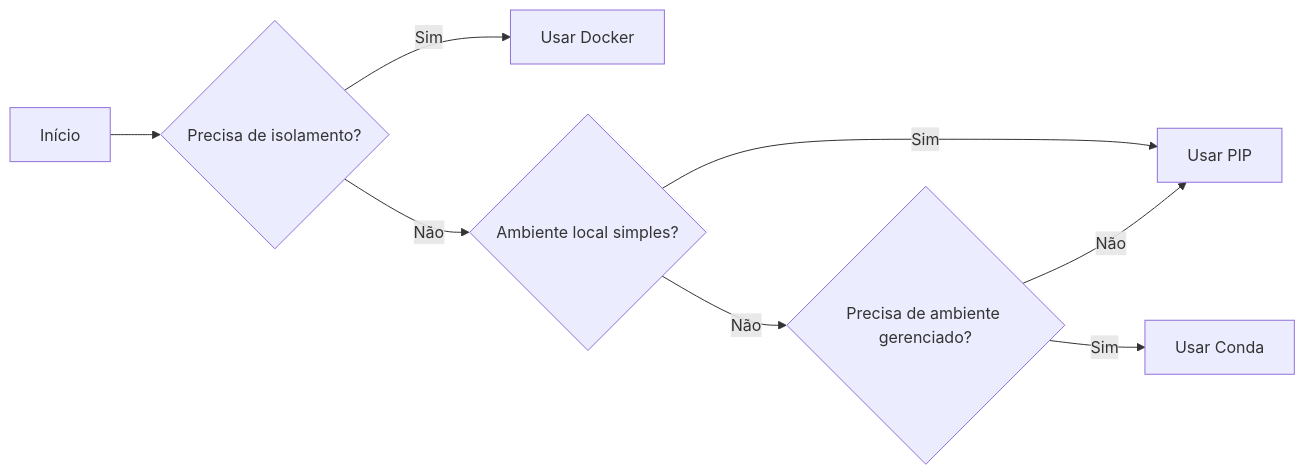
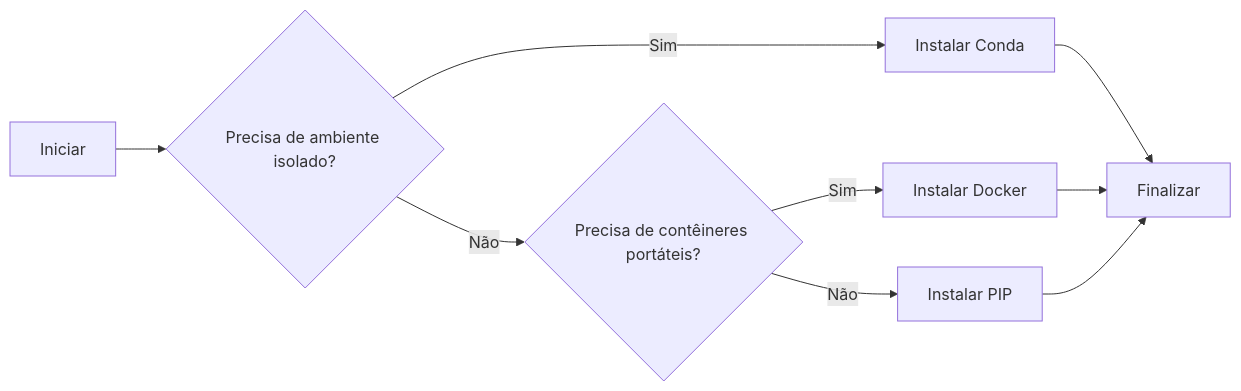
One commit to Mayvon/Chatbot-no-WhatsApp-com-LLaMA-AI-no-Servidor-Local.md changed the diagram in 1. Pré-requisitos.md. Above: the diagram before and after it, drawn with Mermaid.

Commit message:
Update 1. Pré-requisitos.md

````diff
--- a/1. Pré-requisitos.md
+++ b/1. Pré-requisitos.md
@@ -57,11 +57,13 @@
 ```mermaid
-graph LR
-    A[Início] --> B{Precisa de isolamento?}
-    B -->|Sim| C[Usar Docker]
-    B -->|Não| D{Ambiente local simples?}
-    D -->|Sim| E[Usar PIP]
-    D -->|Não| F{Precisa de ambiente gerenciado?}
-    F -->|Sim| G[Usar Conda]
-    F -->|Não| E
+flowchart LR
+    A[Iniciar] --> B{Precisa de ambiente isolado?}
+    B -->|Sim| C[Instalar Conda]
+    B -->|Não| D{Precisa de contêineres portáteis?}
+    D -->|Sim| E[Instalar Docker]
+    D -->|Não| F[Instalar PIP]
+    
+    C --> G[Finalizar]
+    E --> G
+    F --> G
 
 ```
````
